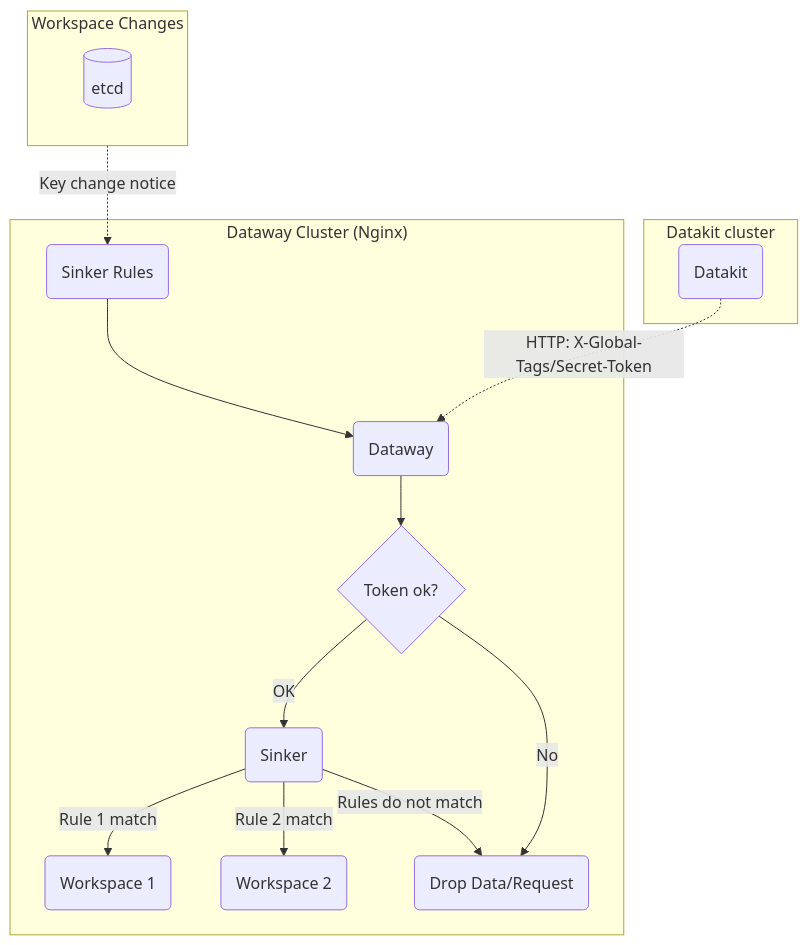
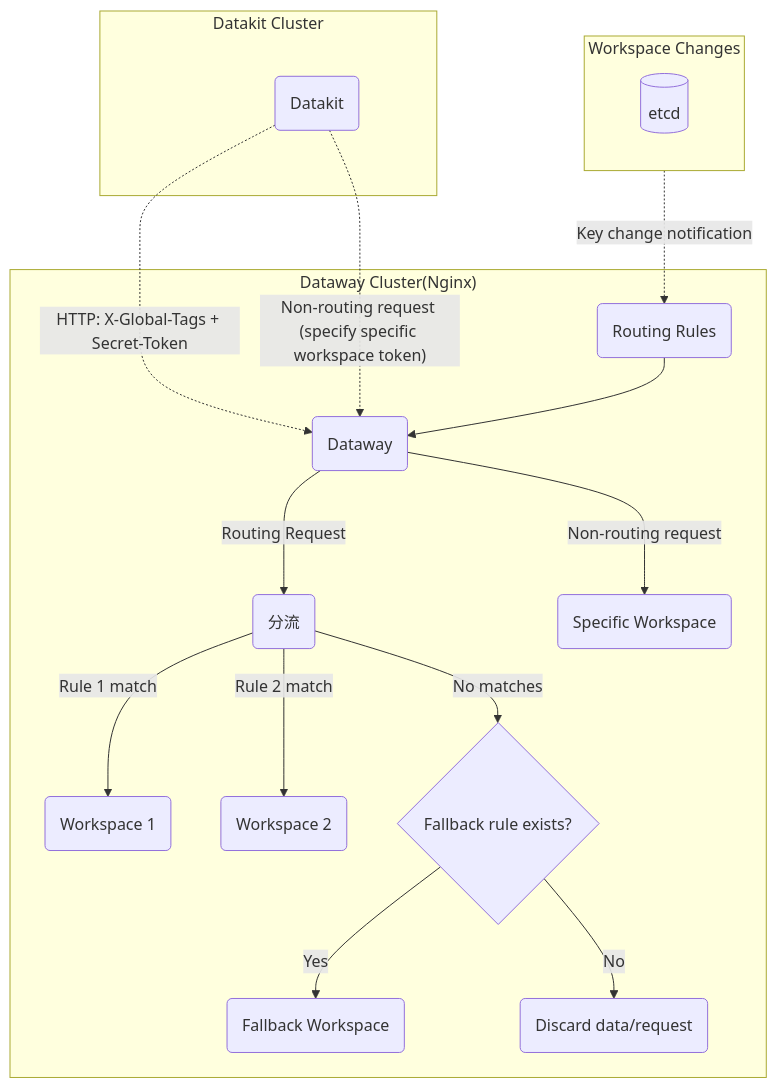
One commit to GuanceCloud/guance-docs changed the first of 2 diagrams in docs/en/deployment/dataway-sink.md. Above: the diagram before and after it, drawn with Mermaid. The commit also changed other lines of this file and 11247 other files, not shown here.

````diff
--- a/docs/en/deployment/dataway-sink.md
+++ b/docs/en/deployment/dataway-sink.md
@@ -16,34 +14,38 @@
 ```mermaid
 flowchart TD
 dw(Dataway);
 dk(Datakit);
 etcd[(etcd)];
-sinker(Sinker);
+sinker(分流);
 wksp1(Workspace 1);
 wksp2(Workspace 2);
-rules(Sinker Rules);
-check_token{Token ok?};
-drop(Drop Data/Request);
+wksp3(Specific Workspace);
+wkspx(Fallback Workspace);
+rules(Routing Rules);
+as_default{Fallback rule exists?};
+drop(Discard data/request);
 
-subgraph "Datakit cluster"
+subgraph "Datakit Cluster"
 dk
 end
 
-dk -.-> |HTTP: X-Global-Tags/Secret-Token|dw
+dk -.-> |"HTTP: X-Global-Tags + Secret-Token"|dw
+dk -..-> |"Non-routing request (specify specific workspace token)"|dw
 
-subgraph "Dataway Cluster (Nginx)"
+subgraph "Dataway Cluster(Nginx)"
 %%direction LR
-rules -->  dw
-dw --> check_token -->|No| drop
-check_token -->|OK| sinker
+rules -->  dw ---> |Routing Request|sinker
+
+dw ---> |Non-routing request|wksp3
 
 sinker --> |Rule 1 match|wksp1;
 sinker --> |Rule 2 match|wksp2;
-sinker --> |Rules do not match|drop;
+sinker --> |No matches|as_default -->|No|drop;
+as_default -->|Yes|wkspx;
 end
 
 subgraph "Workspace Changes"
 direction BT
-etcd -.-> |Key change notice|rules
+etcd -.-> |Key change notification|rules
 end
 ```
````
